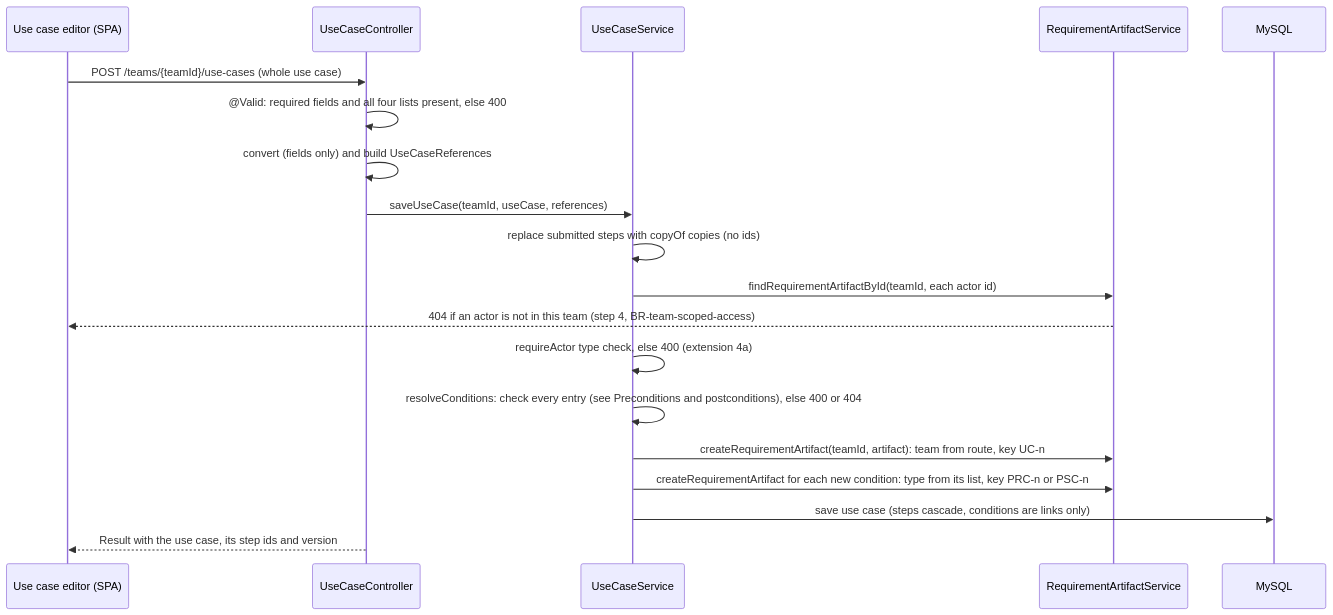
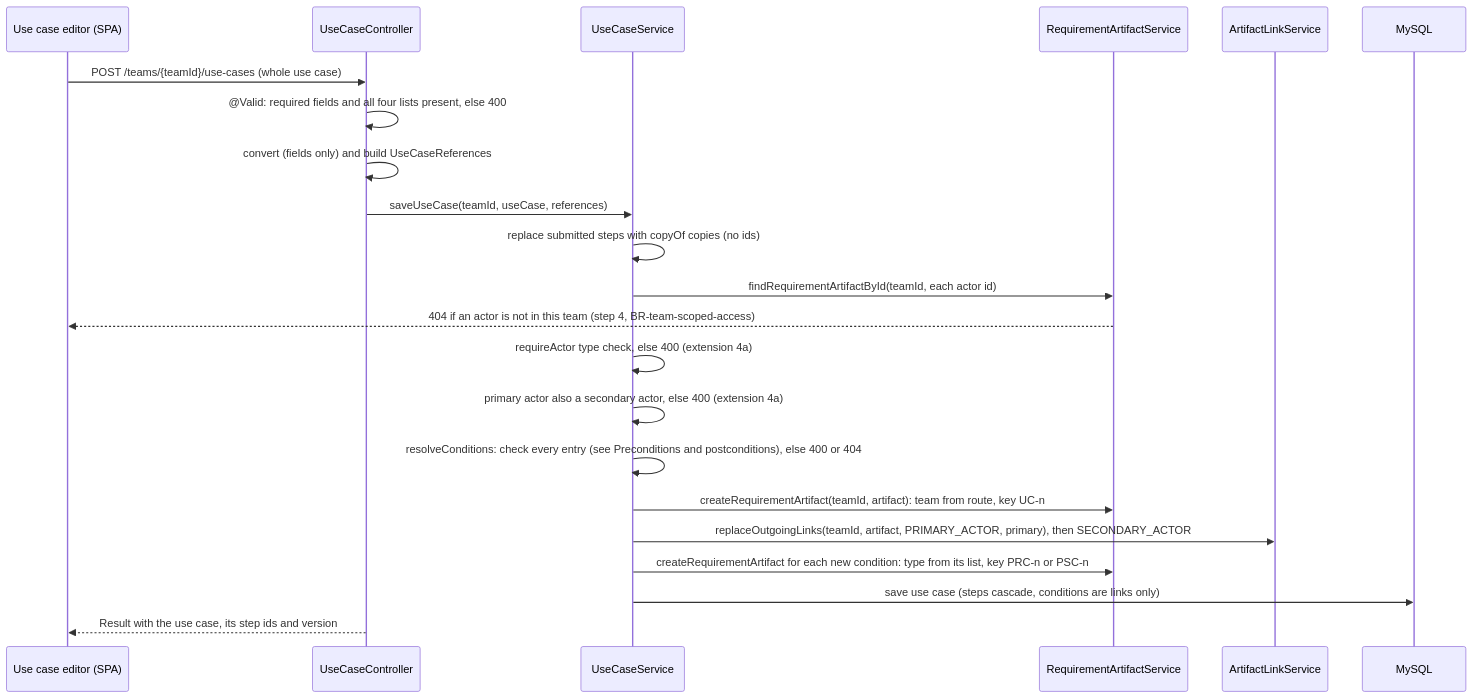
The second of 8 diagrams in docs/design/doc.md (Washingtonwei/project-pulse), drawn with Mermaid before and after one commit. The commit also changed other lines of this file and 3 other files, not shown here.

First line of the commit message:
Design use case actors as artifact links

````diff
--- a/docs/design/doc.md
+++ b/docs/design/doc.md
@@ -146,21 +155,24 @@
 ```mermaid
 sequenceDiagram
     participant E as Use case editor (SPA)
     participant C as UseCaseController
     participant S as UseCaseService
     participant R as RequirementArtifactService
+    participant L as ArtifactLinkService
     participant DB as MySQL
     E->>C: POST /teams/{teamId}/use-cases (whole use case)
     C->>C: @Valid: required fields and all four lists present, else 400
     C->>C: convert (fields only) and build UseCaseReferences
     C->>S: saveUseCase(teamId, useCase, references)
     S->>S: replace submitted steps with copyOf copies (no ids)
     S->>R: findRequirementArtifactById(teamId, each actor id)
     R-->>E: 404 if an actor is not in this team (step 4, BR-team-scoped-access)
     S->>S: requireActor type check, else 400 (extension 4a)
+    S->>S: primary actor also a secondary actor, else 400 (extension 4a)
     S->>S: resolveConditions: check every entry (see Preconditions and postconditions), else 400 or 404
     S->>R: createRequirementArtifact(teamId, artifact): team from route, key UC-n
+    S->>L: replaceOutgoingLinks(teamId, artifact, PRIMARY_ACTOR, primary), then SECONDARY_ACTOR
     S->>R: createRequirementArtifact for each new condition: type from its list, key PRC-n or PSC-n
     S->>DB: save use case (steps cascade, conditions are links only)
     C-->>E: Result with the use case, its step ids and version
 ```
````
